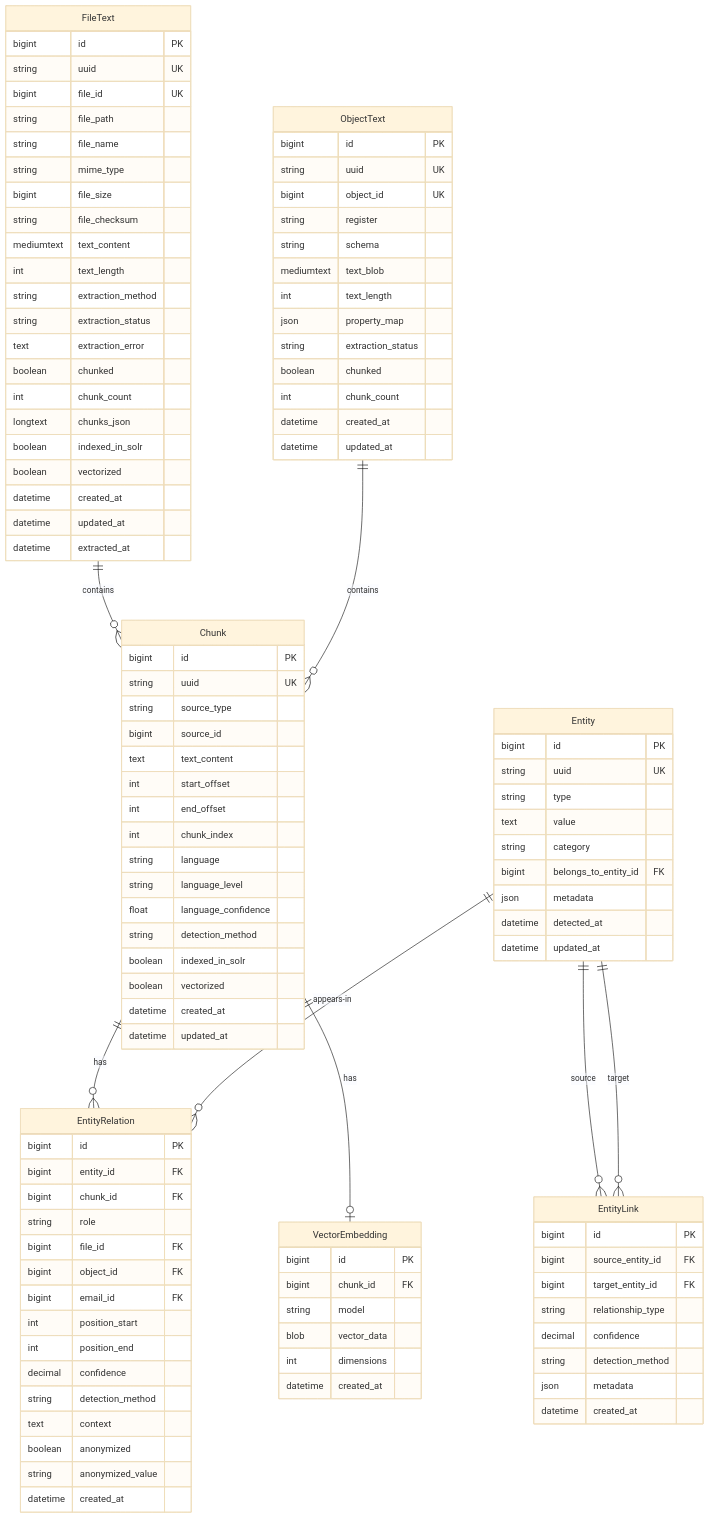
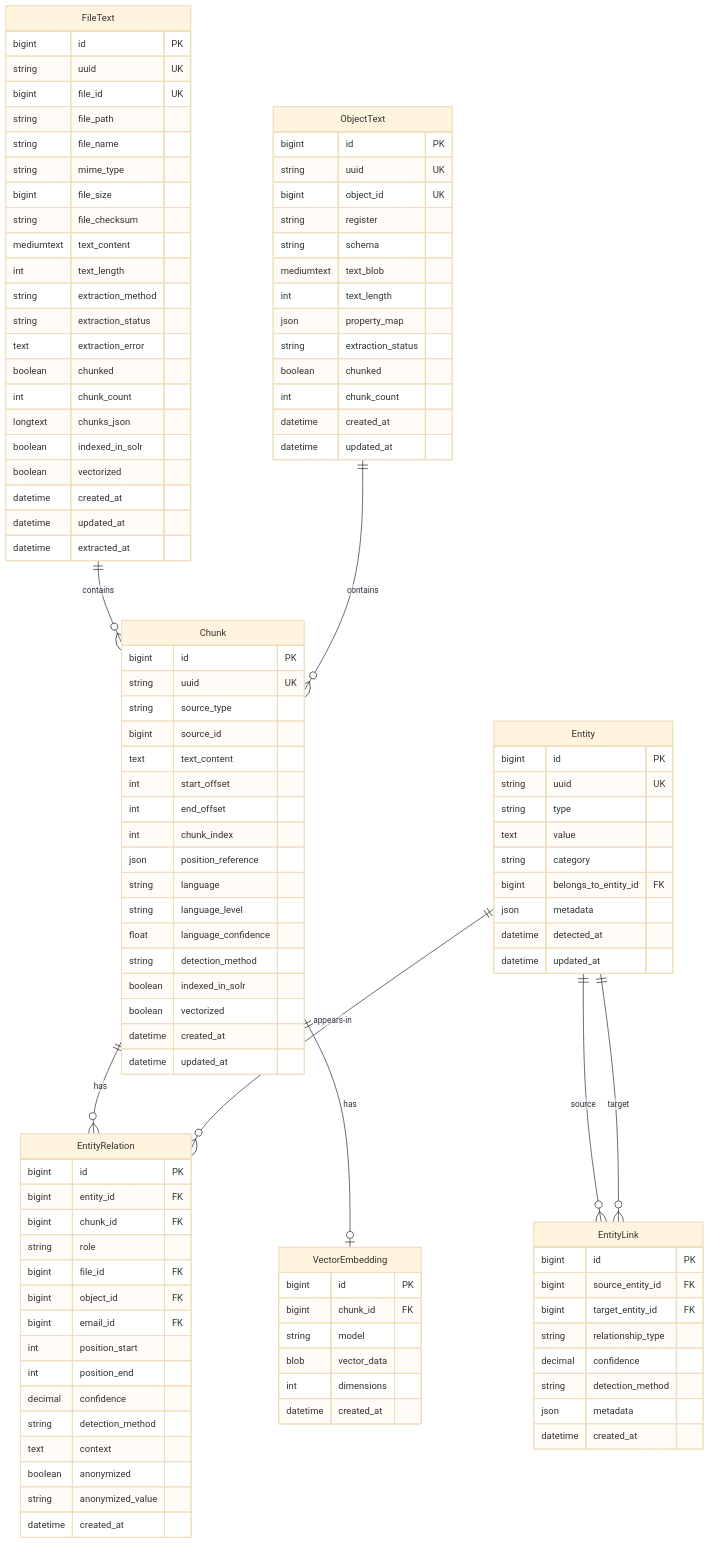
One commit to ConductionNL/openregister changed the first of 3 diagrams in website/docs/technical/text-extraction-entities.md. Above: the diagram before and after it, drawn with Mermaid (base theme). The commit also changed other lines of this file and 18 other files, not shown here.

```diff
--- a/website/docs/technical/text-extraction-entities.md
+++ b/website/docs/technical/text-extraction-entities.md
@@ -87,6 +87,7 @@
         int start_offset
         int end_offset
         int chunk_index
+        json position_reference
         string language
         string language_level
         float language_confidence
```
